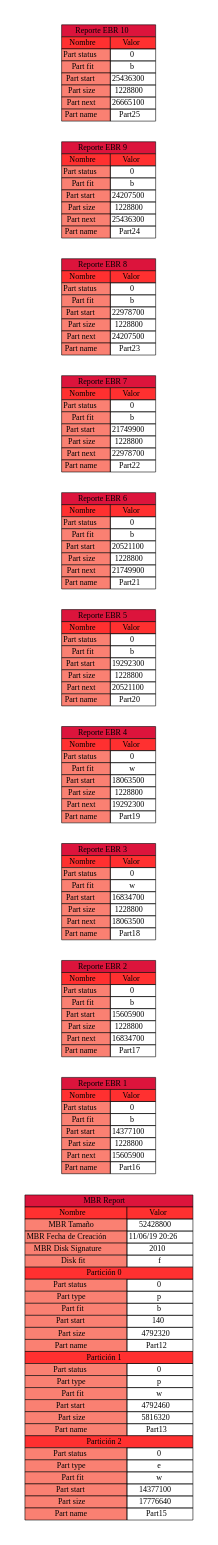
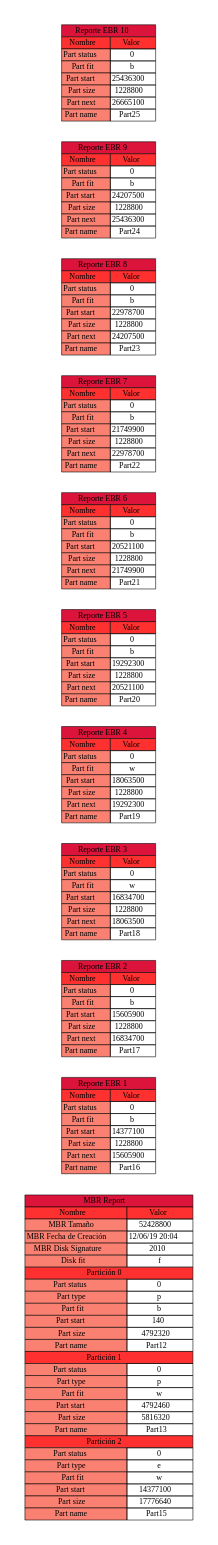
Before and after one commit to MacoChave/DiskParted: the diagram in mbr_report.dot, drawn with Graphviz. The commit also changed 7 other files, not shown here.

```diff
--- a/mbr_report.dot
+++ b/mbr_report.dot
@@ -17,7 +17,7 @@
 			</tr>
 			<tr>
 				<td bgcolor="salmon">MBR Fecha de Creación</td>
-				<td>11/06/19 20:26</td>
+				<td>12/06/19 20:04</td>
 			</tr>
 			<tr>
 				<td bgcolor="salmon">MBR Disk Signature</td>
```
